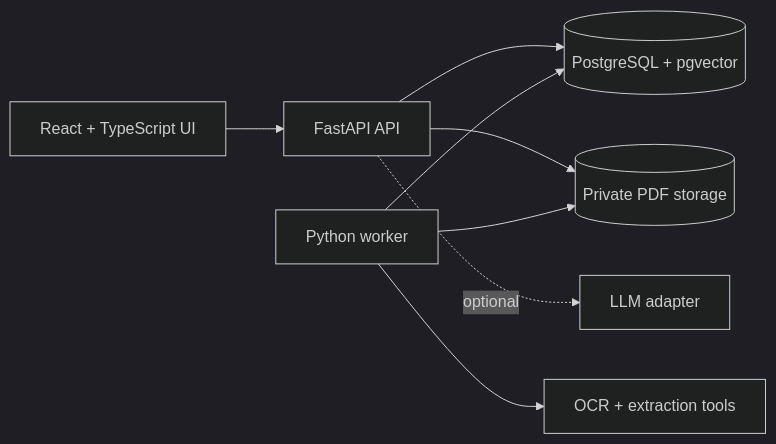
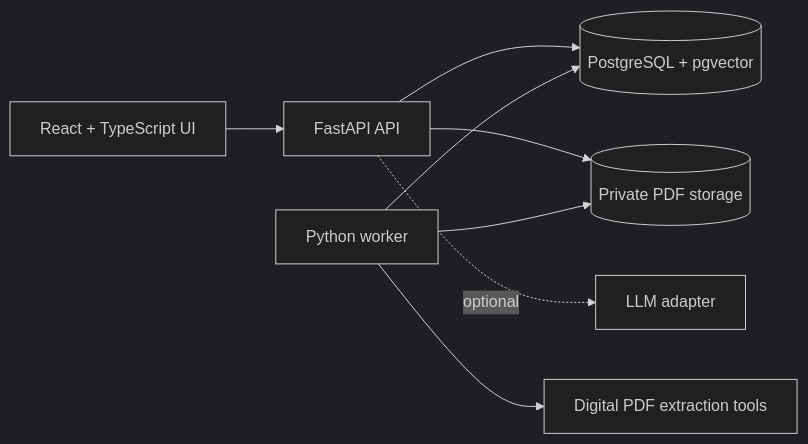
One commit to felipe0328/supplylens changed the first of 2 diagrams in README.md. Above: the diagram before and after it, drawn with Mermaid (dark theme). The commit also changed other lines of this file and 38 other files, not shown here.

````diff
--- a/README.md
+++ b/README.md
@@ -68,10 +69,10 @@
 ```mermaid
 flowchart LR
     UI[React + TypeScript UI] --> API[FastAPI API]
     API --> DB[(PostgreSQL + pgvector)]
     API --> STORE[(Private PDF storage)]
     WORKER[Python worker] --> DB
     WORKER --> STORE
-    WORKER --> OCR[OCR + extraction tools]
+    WORKER --> EXTRACT[Digital PDF extraction tools]
     API -. optional .-> LLM[LLM adapter]
 ```
````
